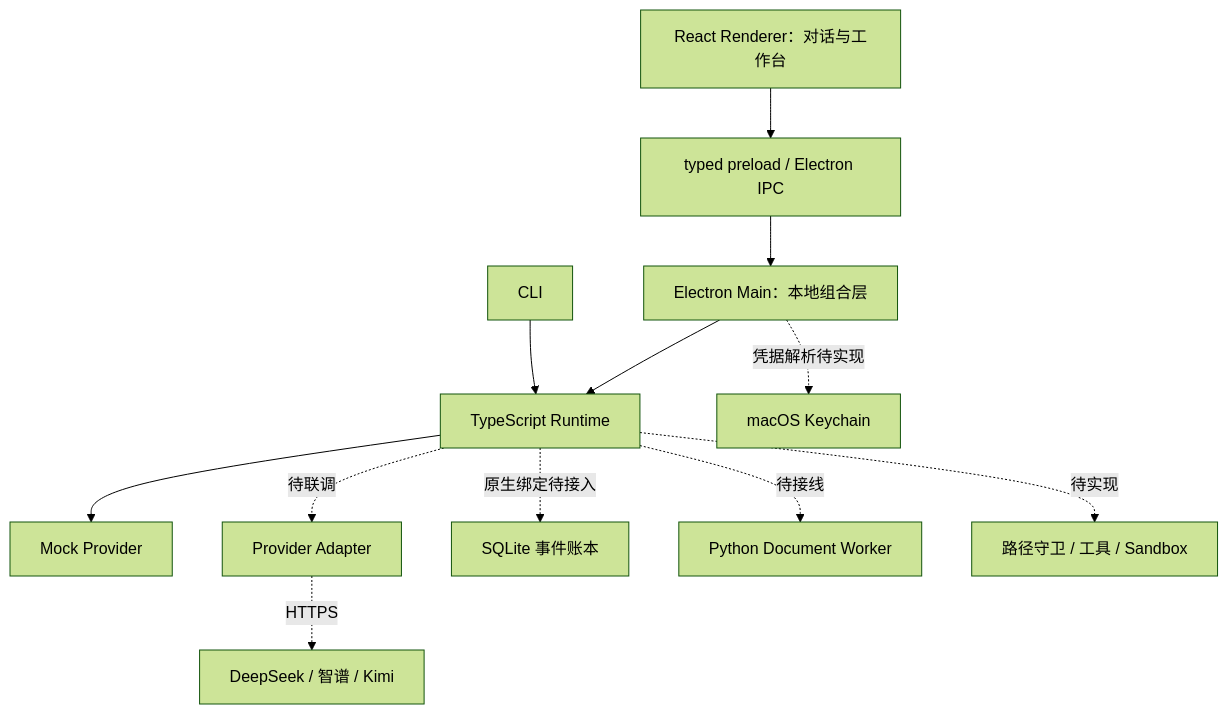
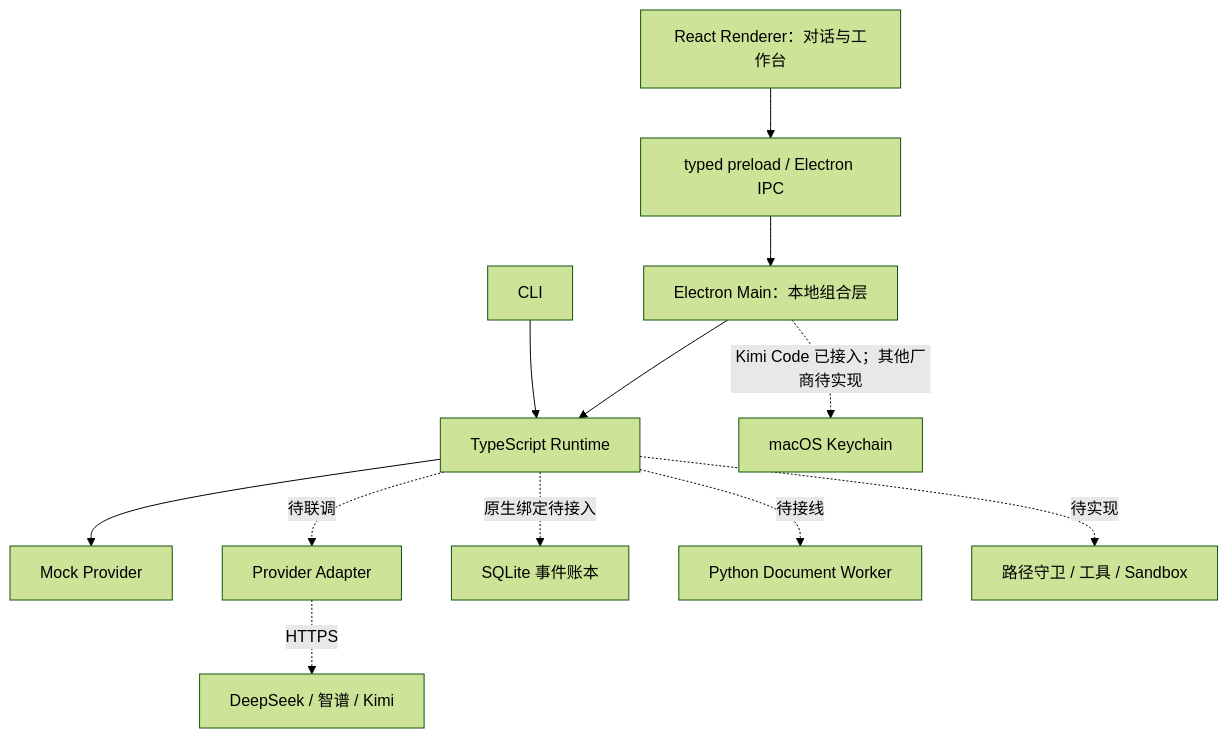
Before and after one commit to KG2013/Helm: the diagram in docs/design/desktop-runtime-boundary.md, drawn with Mermaid (forest theme). The commit also changed other lines of this file and 12 other files, not shown here.

Commit message:
feat: add keychain-backed kimi provider mode

````diff
--- a/docs/design/desktop-runtime-boundary.md
+++ b/docs/design/desktop-runtime-boundary.md
@@ -11,14 +11,14 @@
 ```mermaid
 flowchart TD
     UI[React Renderer：对话与工作台] --> Bridge[typed preload / Electron IPC]
     Bridge --> Main[Electron Main：本地组合层]
     Main --> Runtime[TypeScript Runtime]
     CLI[CLI] --> Runtime
     Runtime --> Mock[Mock Provider]
     Runtime -. 待联调 .-> Adapter[Provider Adapter]
     Adapter -. HTTPS .-> LLM[DeepSeek / 智谱 / Kimi]
-    Main -. 凭据解析待实现 .-> Keychain[macOS Keychain]
+    Main -. Kimi Code 已接入；其他厂商待实现 .-> Keychain[macOS Keychain]
     Runtime -. 原生绑定待接入 .-> SQLite[SQLite 事件账本]
     Runtime -. 待接线 .-> Worker[Python Document Worker]
     Runtime -. 待实现 .-> Execution[路径守卫 / 工具 / Sandbox]
 ```
````
